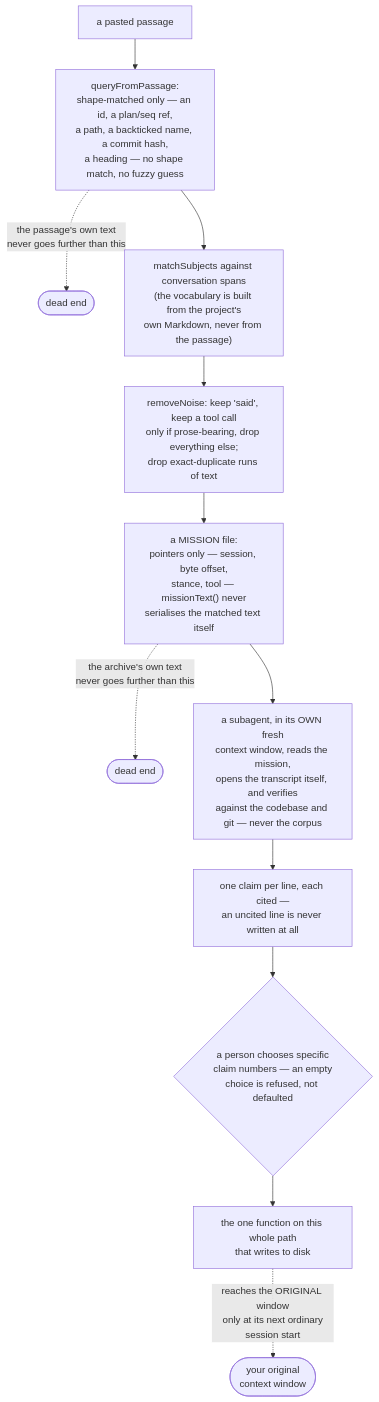
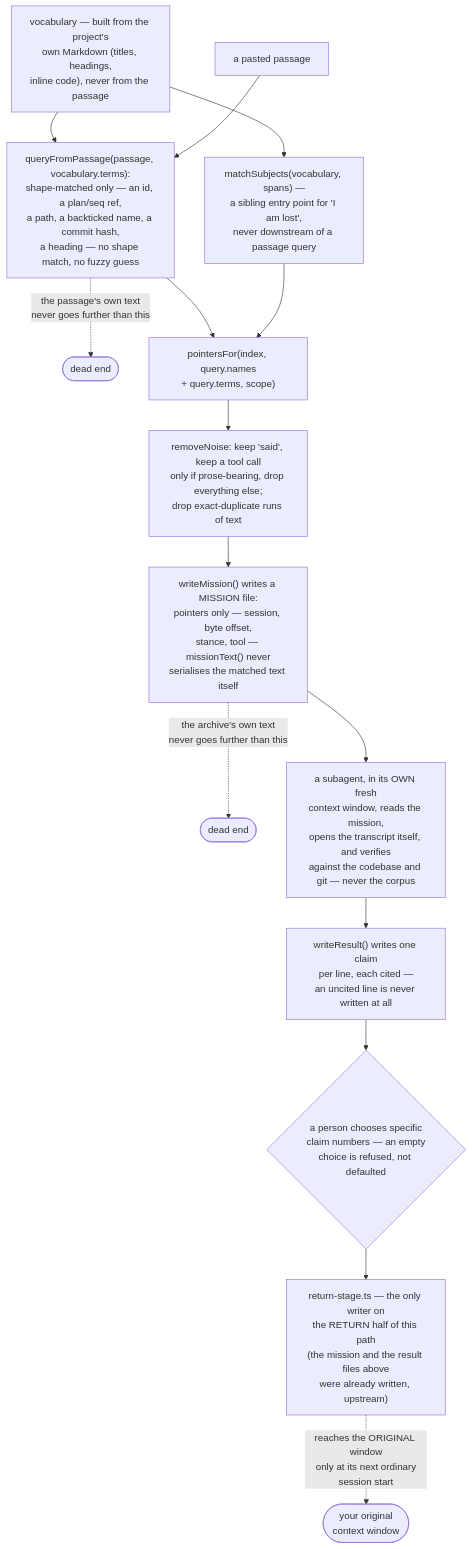
The diagram in docs/capabilities/06-retrieval.md (Dudi-Bar-On/my-context), drawn with Mermaid before and after one commit. The commit also changed other lines of this file and 24 other files, not shown here.

First line of the commit message:
the fence that had been shipping as a mermaid error box, and twenty-seven claims that were only wrong

````diff
--- a/docs/capabilities/06-retrieval.md
+++ b/docs/capabilities/06-retrieval.md
@@ -39,14 +39,18 @@
 ```mermaid
 flowchart TB
-  PASS["a pasted passage"] --> Q["queryFromPassage:<br/>shape-matched only — an id, a plan/seq ref,<br/>a path, a backticked name, a commit hash,<br/>a heading — no shape match, no fuzzy guess"]
+  VOC["vocabulary — built from the project's<br/>own Markdown (titles, headings,<br/>inline code), never from the passage"] --> Q
+  VOC --> MS
+  PASS["a pasted passage"] --> Q["queryFromPassage(passage, vocabulary.terms):<br/>shape-matched only — an id, a plan/seq ref,<br/>a path, a backticked name, a commit hash,<br/>a heading — no shape match, no fuzzy guess"]
   Q -.->|"the passage's own text<br/>never goes further than this"| X1(["dead end"])
-  Q --> MS["matchSubjects against conversation spans<br/>(the vocabulary is built from the project's<br/>own Markdown, never from the passage)"]
-  MS --> NOISE["removeNoise: keep 'said', keep a tool call<br/>only if prose-bearing, drop everything else;<br/>drop exact-duplicate runs of text"]
-  NOISE --> MISSION["a MISSION file:<br/>pointers only — session, byte offset,<br/>stance, tool — missionText() never<br/>serialises the matched text itself"]
+  MS["matchSubjects(vocabulary, spans) —<br/>a sibling entry point for 'I am lost',<br/>never downstream of a passage query"]
+  Q --> PF["pointersFor(index, query.names<br/>+ query.terms, scope)"]
+  MS --> PF
+  PF --> NOISE["removeNoise: keep 'said', keep a tool call<br/>only if prose-bearing, drop everything else;<br/>drop exact-duplicate runs of text"]
+  NOISE --> MISSION["writeMission() writes a MISSION file:<br/>pointers only — session, byte offset,<br/>stance, tool — missionText() never<br/>serialises the matched text itself"]
   MISSION -.->|"the archive's own text<br/>never goes further than this"| X2(["dead end"])
   MISSION --> SUB["a subagent, in its OWN fresh<br/>context window, reads the mission,<br/>opens the transcript itself, and verifies<br/>against the codebase and git — never the corpus"]
-  SUB --> RESULT["one claim per line, each cited —<br/>an uncited line is never written at all"]
+  SUB --> RESULT["writeResult() writes one claim<br/>per line, each cited —<br/>an uncited line is never written at all"]
   RESULT --> PERSON{"a person chooses specific<br/>claim numbers — an empty<br/>choice is refused, not defaulted"}
-  PERSON --> STAGE["the one function on this whole path<br/>that writes to disk"]
+  PERSON --> STAGE["return-stage.ts — the only writer on<br/>the RETURN half of this path<br/>(the mission and the result files above<br/>were already written, upstream)"]
   STAGE -.->|"reaches the ORIGINAL window<br/>only at its next ordinary<br/>session start"| ORIG(["your original<br/>context window"])
 ```
````
